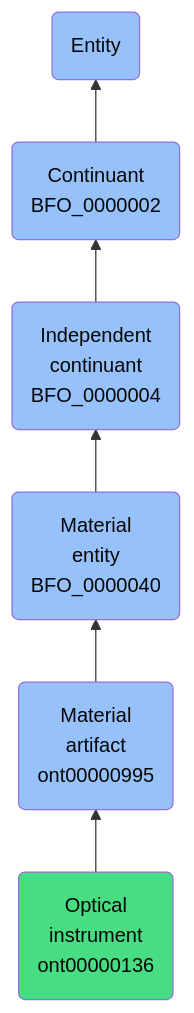
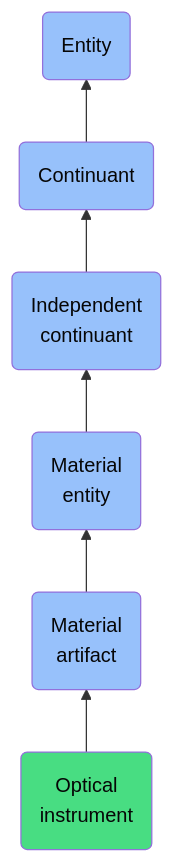
The diagram in docs/ontology/reference/model/Entity/Continuant/Independent continuant/Material entity/Material artifact/Optical instrument/Optical instrument.md (jupyter-naas/abi), drawn with Mermaid before and after one commit. The commit also changed other lines of this file and 1430 other files, not shown here.

````diff
--- a/docs/ontology/reference/model/Entity/Continuant/Independent continuant/Material entity/Material artifact/Optical instrument/Optical instrument.md
+++ b/docs/ontology/reference/model/Entity/Continuant/Independent continuant/Material entity/Material artifact/Optical instrument/Optical instrument.md
@@ -24,13 +24,13 @@
 ```mermaid
 graph BT
-    ont00000136(Optical<br>instrument<br>ont00000136):::ABI-->ont00000995
-    ont00000995(Material<br>artifact<br>ont00000995):::BFO-->BFO_0000040
-    BFO_0000040(Material<br>entity<br>BFO_0000040):::BFO-->BFO_0000004
-    BFO_0000004(Independent<br>continuant<br>BFO_0000004):::BFO-->BFO_0000002
-    BFO_0000002(Continuant<br>BFO_0000002):::BFO-->BFO_0000001
+    ont00000136(Optical<br>instrument):::ABI-->ont00000995
+    ont00000995(Material<br>artifact):::BFO-->BFO_0000040
+    BFO_0000040(Material<br>entity):::BFO-->BFO_0000004
+    BFO_0000004(Independent<br>continuant):::BFO-->BFO_0000002
+    BFO_0000002(Continuant):::BFO-->BFO_0000001
     BFO_0000001(Entity):::BFO
     
     classDef BFO fill:#97c1fb,color:#060606
     classDef CCO fill:#e4c51e,color:#060606
     classDef ABI fill:#48DD82,color:#060606
 ```
````
